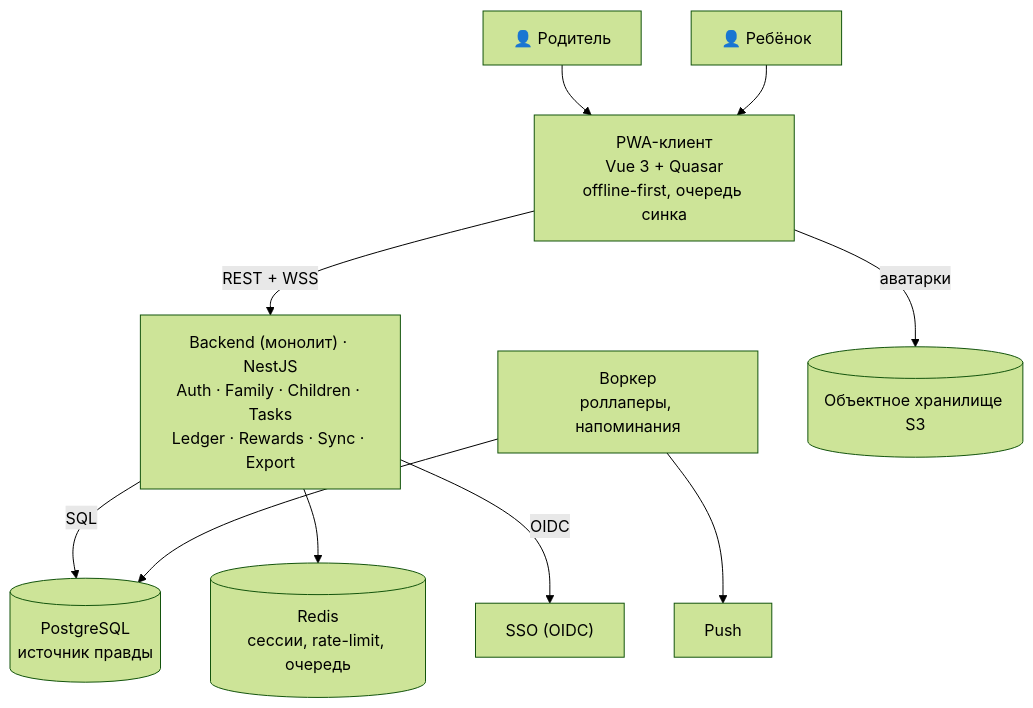
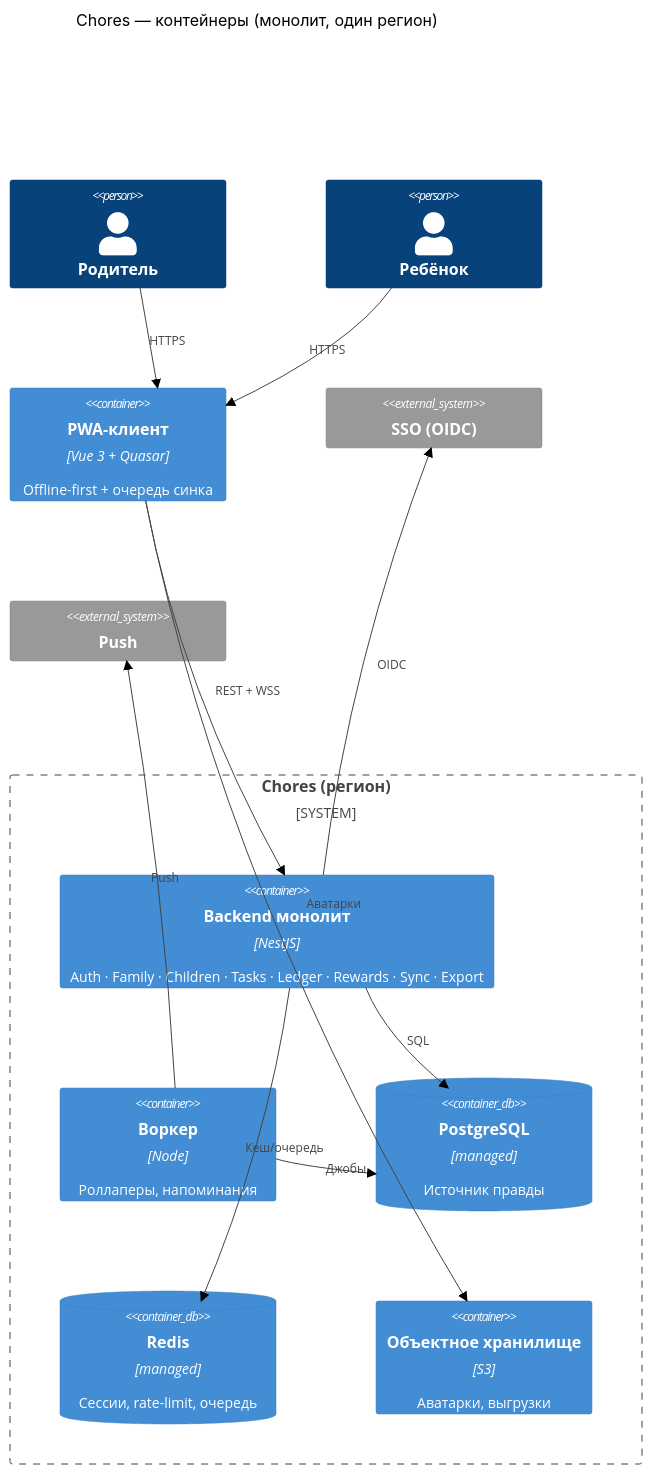
Before and after one commit to SiritosKon/kids-chores: the second of 3 diagrams in research/02-backend-architecture.md, drawn with Mermaid (forest theme). The commit also changed other lines of this file, not shown here.

First line of the commit message:
docs(research): restore C4 diagrams, add actor→client rels, tune layout

````diff
--- a/research/02-backend-architecture.md
+++ b/research/02-backend-architecture.md
@@ -80,23 +82,26 @@
 ```mermaid
-flowchart TB
-  parent["👤 Родитель"]
-  child["👤 Ребёнок"]
-  spa["PWA-клиент<br/>Vue 3 + Quasar<br/>offline-first, очередь синка"]
-  api["Backend (монолит) · NestJS<br/>Auth · Family · Children · Tasks<br/>Ledger · Rewards · Sync · Export"]
-  worker["Воркер<br/>роллаперы, напоминания"]
-  db[("PostgreSQL<br/>источник правды")]
-  cache[("Redis<br/>сессии, rate-limit, очередь")]
-  storage[("Объектное хранилище S3")]
-  idp["SSO (OIDC)"]
-  push["Push"]
-
-  parent --> spa
-  child --> spa
-  spa -->|REST + WSS| api
-  spa -->|аватарки| storage
-  api -->|SQL| db
-  api --> cache
-  api -->|OIDC| idp
-  worker --> db
-  worker --> push
+C4Container
+  title Chores — контейнеры (монолит, один регион)
+  Person(parent, "Родитель")
+  Person(child, "Ребёнок")
+  Container(spa, "PWA-клиент", "Vue 3 + Quasar", "Offline-first + очередь синка")
+  System_Boundary(sys, "Chores (регион)") {
+    Container(api, "Backend монолит", "NestJS", "Auth · Family · Children · Tasks · Ledger · Rewards · Sync · Export")
+    Container(worker, "Воркер", "Node", "Роллаперы, напоминания")
+    ContainerDb(db, "PostgreSQL", "managed", "Источник правды")
+    ContainerDb(cache, "Redis", "managed", "Сессии, rate-limit, очередь")
+    Container(storage, "Объектное хранилище", "S3", "Аватарки, выгрузки")
+  }
+  System_Ext(idp, "SSO (OIDC)")
+  System_Ext(push, "Push")
+  Rel(parent, spa, "HTTPS")
+  Rel(child, spa, "HTTPS")
+  Rel(spa, api, "REST + WSS")
+  Rel(spa, storage, "Аватарки")
+  Rel(api, db, "SQL")
+  Rel(api, cache, "Кеш/очередь")
+  Rel(api, idp, "OIDC")
+  Rel(worker, db, "Джобы")
+  Rel(worker, push, "Push")
+  UpdateLayoutConfig($c4ShapeInRow="3", $c4BoundaryInRow="1")
 ```
````
